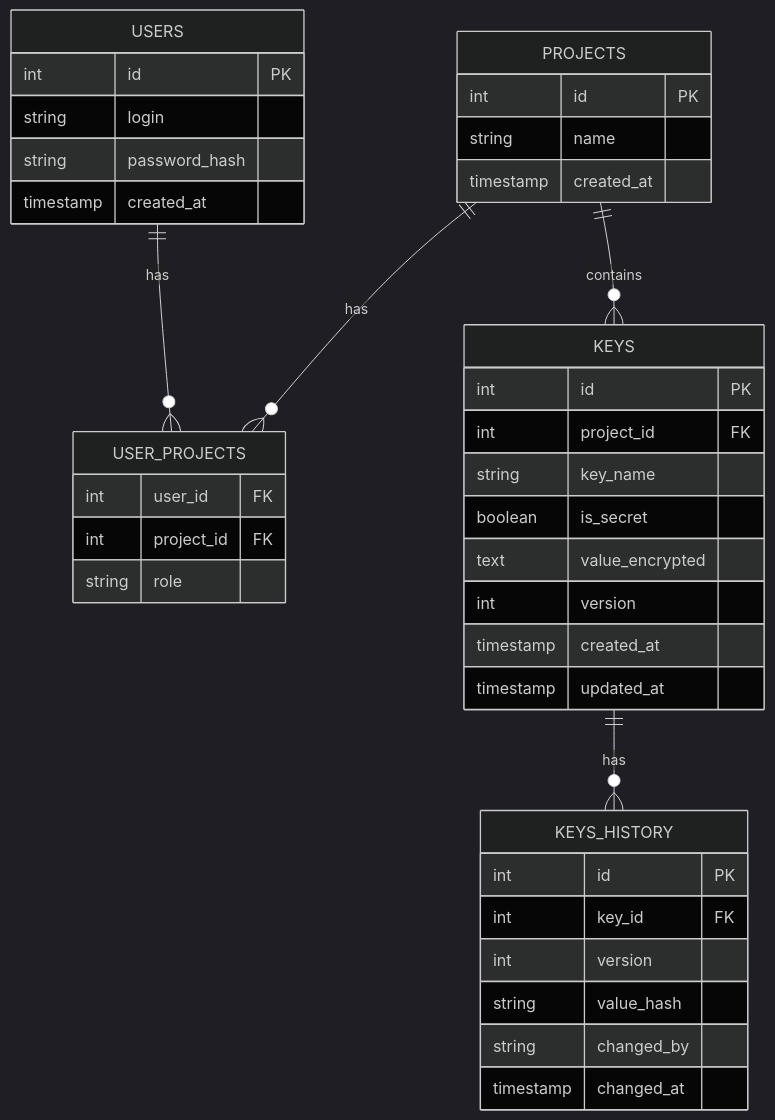
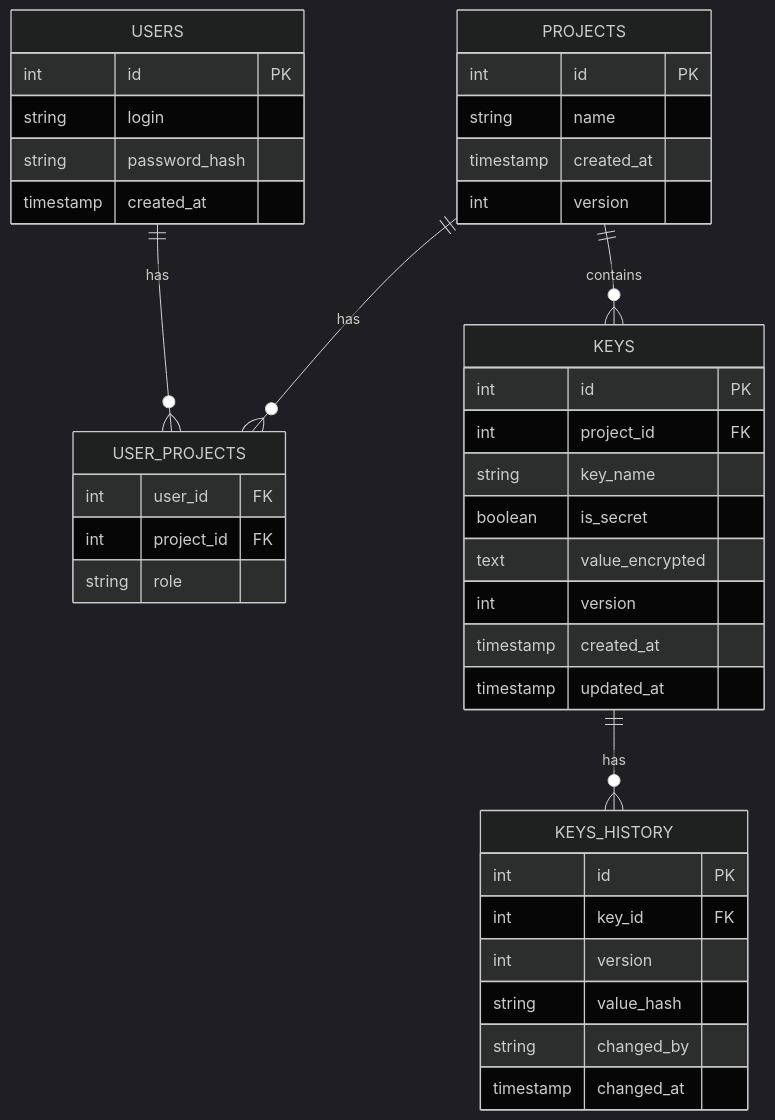
The diagram in docs/database.md (verdenkaa/config-vault), drawn with Mermaid (dark theme) before and after one commit. The commit also changed other lines of this file and 8 other files, not shown here.

````diff
--- a/docs/database.md
+++ b/docs/database.md
@@ -9,46 +9,47 @@
 ```mermaid
 erDiagram
     USERS ||--o{ USER_PROJECTS : has
     PROJECTS ||--o{ USER_PROJECTS : has
     PROJECTS ||--o{ KEYS : contains
     KEYS ||--o{ KEYS_HISTORY : has
 
     USERS {
         int id PK
         string login
         string password_hash
         timestamp created_at
     }
 
     USER_PROJECTS {
         int user_id FK
         int project_id FK
         string role
     }
 
     PROJECTS {
         int id PK
         string name
         timestamp created_at
+        int version
     }
 
     KEYS {
         int id PK
         int project_id FK
         string key_name
         boolean is_secret
         text value_encrypted
         int version
         timestamp created_at
         timestamp updated_at
     }
 
     KEYS_HISTORY {
         int id PK
         int key_id FK
         int version
         string value_hash
         string changed_by
         timestamp changed_at
     }
 ```
````
